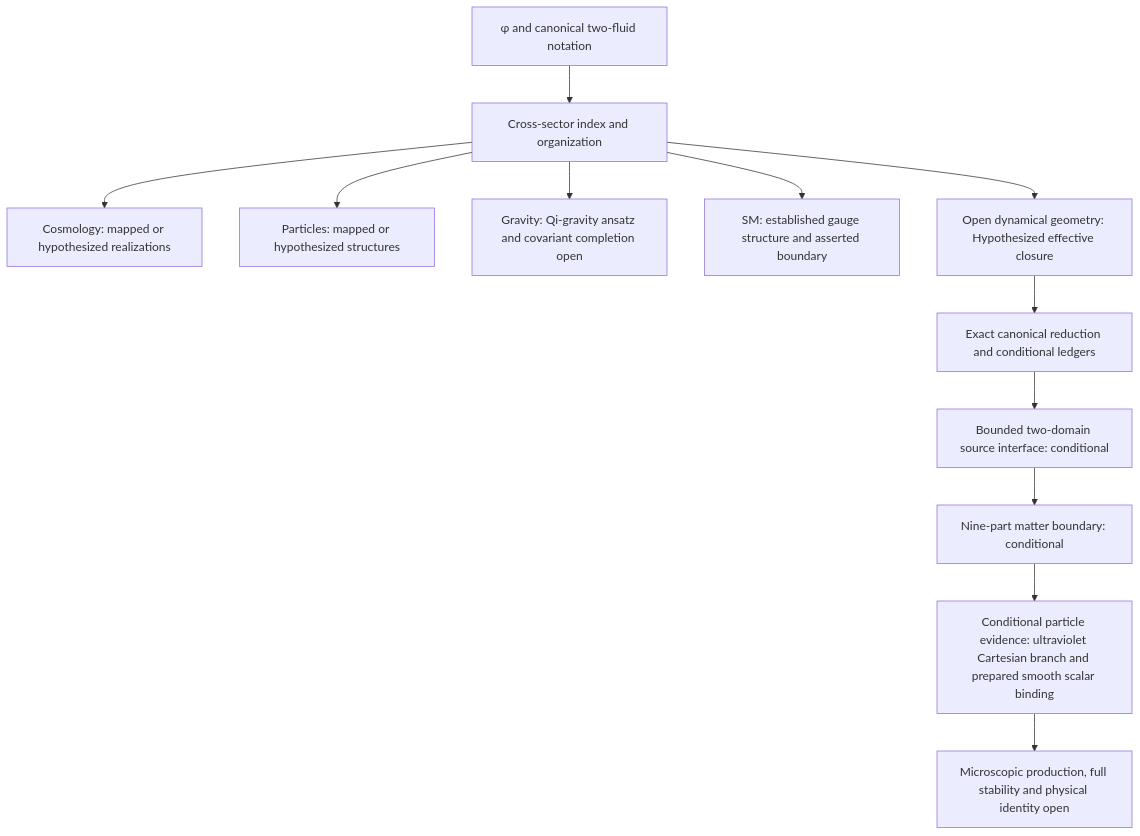
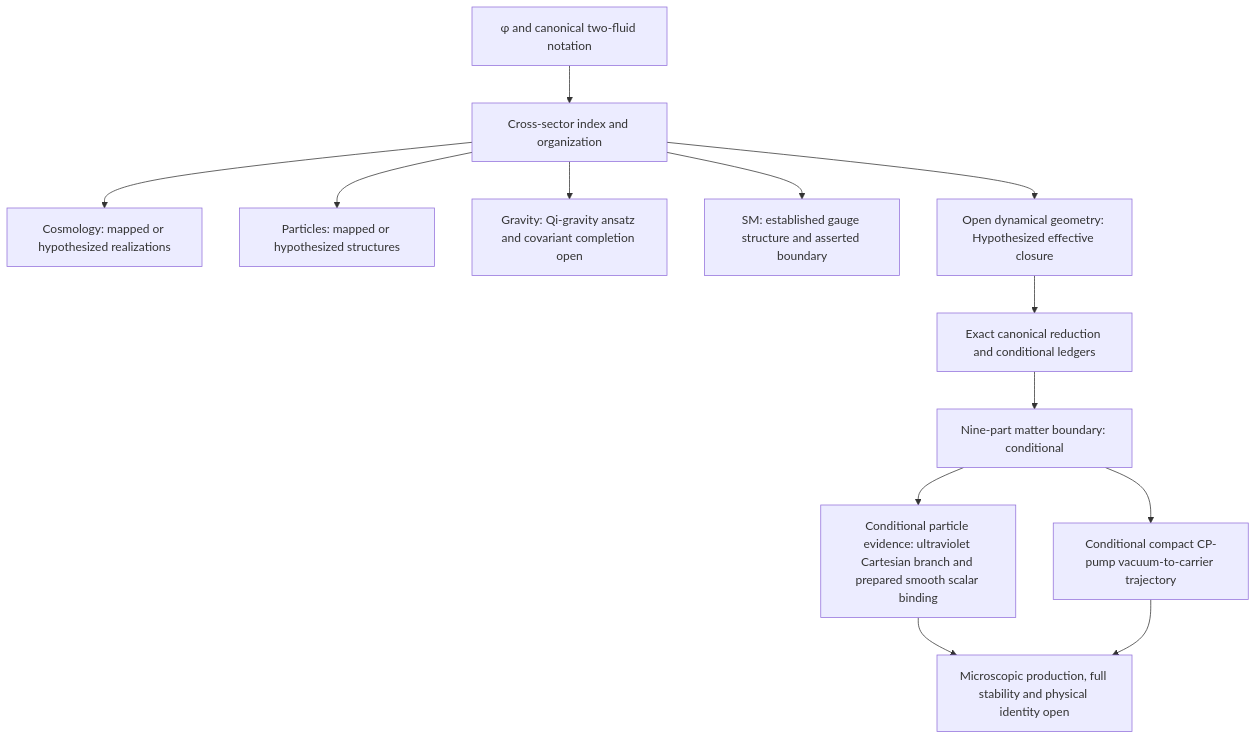
Before and after one commit to CassiTheOracle/cassi: diagram 28 of 37 in CassiTheory/open-questions-cassi-answers.md, drawn with Mermaid. The commit also changed other lines of this file and 26 other files, not shown here.

Commit message:
Record conditional matter formation boundary

````diff
--- a/CassiTheory/open-questions-cassi-answers.md
+++ b/CassiTheory/open-questions-cassi-answers.md
@@ -2017,14 +2028,15 @@
 ```mermaid
 flowchart TD
     A[φ and canonical two-fluid notation] --> B[Cross-sector index and organization]
     B --> C[Cosmology: mapped or hypothesized realizations]
     B --> D[Particles: mapped or hypothesized structures]
     B --> E[Gravity: Qi-gravity ansatz and covariant completion open]
     B --> F[SM: established gauge structure and asserted boundary]
     B --> H[Open dynamical geometry: Hypothesized effective closure]
     H --> I[Exact canonical reduction and conditional ledgers]
-    I --> J[Bounded two-domain source interface: conditional]
-    J --> K[Nine-part matter boundary: conditional]
-    K --> G[Conditional particle evidence: ultraviolet Cartesian branch and prepared smooth scalar binding]
-    G --> L[Microscopic production, full stability and physical identity open]
+    I --> J[Nine-part matter boundary: conditional]
+    J --> K[Conditional particle evidence: ultraviolet Cartesian branch and prepared smooth scalar binding]
+    J --> M[Conditional compact CP-pump vacuum-to-carrier trajectory]
+    K --> L[Microscopic production, full stability and physical identity open]
+    M --> L
 ```
````
